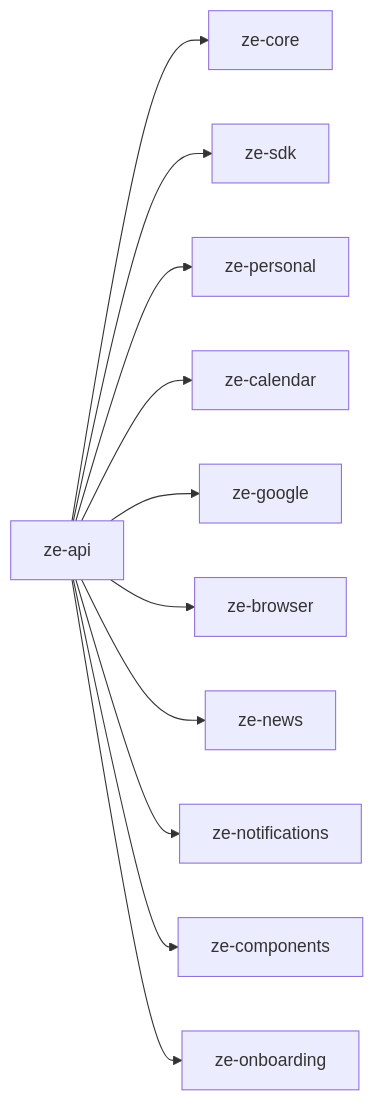
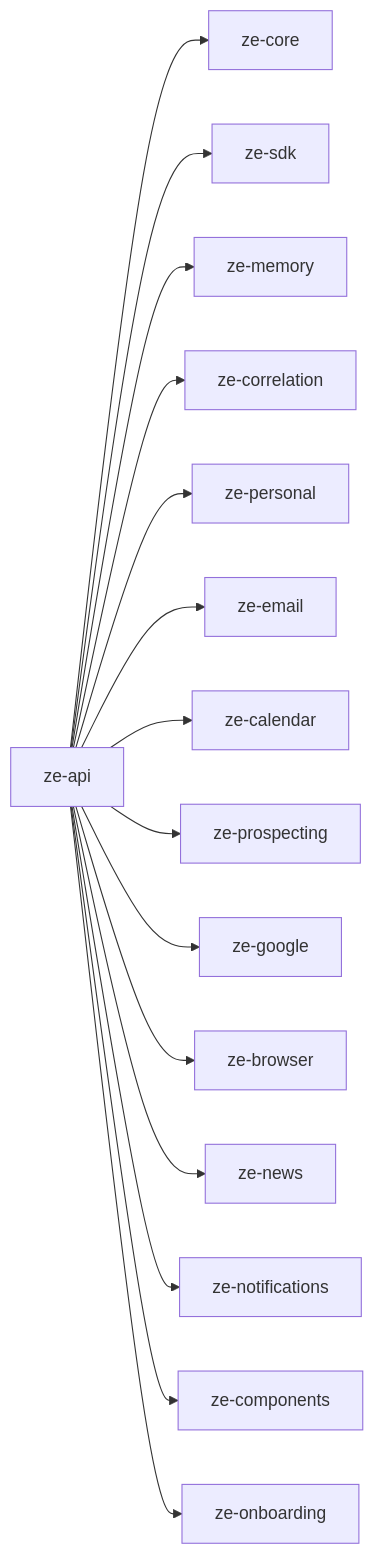
Before and after one commit to myguyze/ze: the diagram in apps/ze-api/README.md, drawn with Mermaid. The commit also changed other lines of this file and 44 other files, not shown here.

````diff
--- a/apps/ze-api/README.md
+++ b/apps/ze-api/README.md
@@ -24,13 +24,17 @@
 ```mermaid
 graph LR
     api[ze-api] --> core[ze-core]
     api --> sdk[ze-sdk]
+    api --> memory[ze-memory]
+    api --> correlation[ze-correlation]
     api --> personal[ze-personal]
+    api --> email[ze-email]
     api --> calendar[ze-calendar]
+    api --> prospecting[ze-prospecting]
     api --> google[ze-google]
     api --> browser[ze-browser]
     api --> news[ze-news]
     api --> notif[ze-notifications]
     api --> comp[ze-components]
     api --> onboarding[ze-onboarding]
 ```
````
